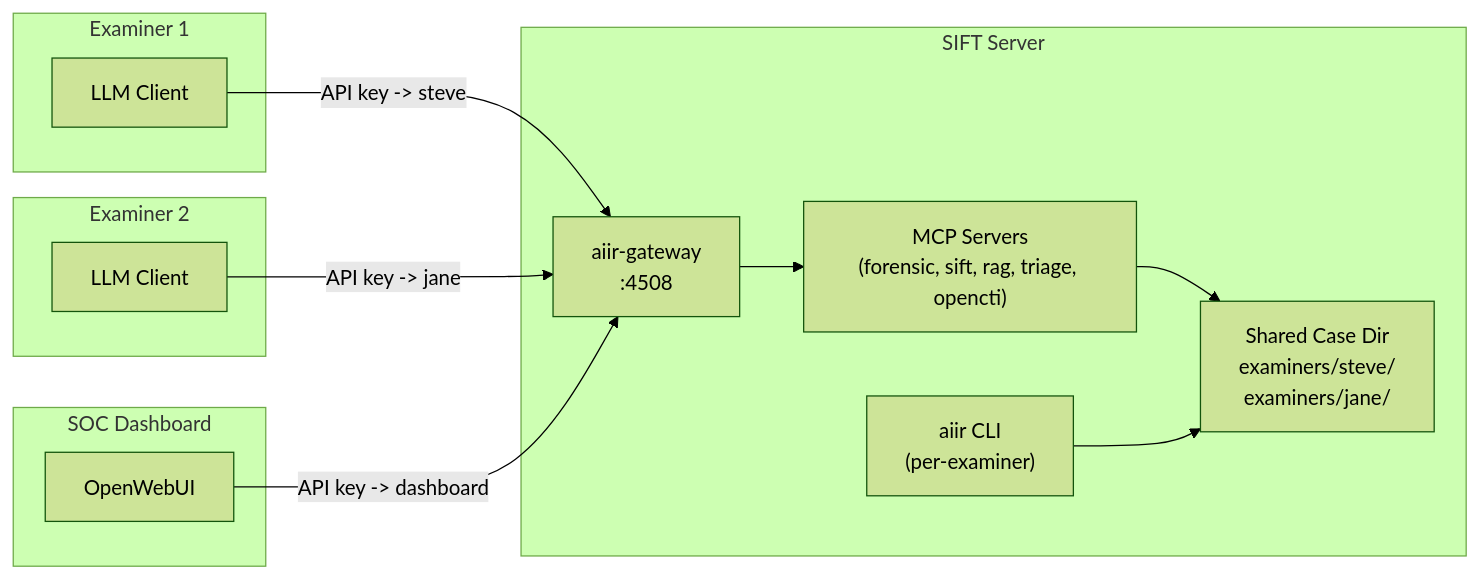
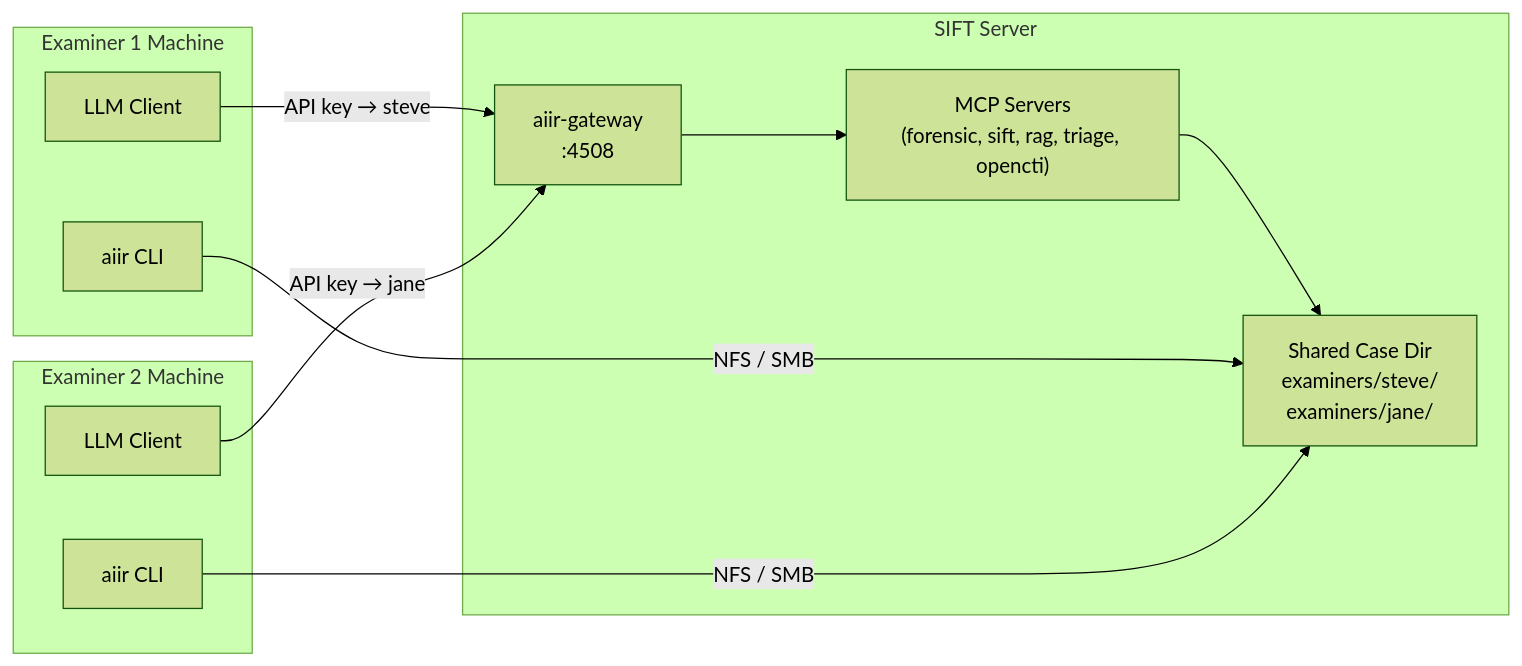
One commit to AppliedIR/aiir changed the fourth of 5 diagrams in README.md. Above: the diagram before and after it, drawn with Mermaid (forest theme). The commit also changed other lines of this file and 1 other file, not shown here.

Commit message:
fix diagrams: LLM client and CLI co-located on SIFT, NFS/SMB for multi-examiner

````diff
--- a/README.md
+++ b/README.md
@@ -128,27 +122,25 @@
 ```mermaid
 graph LR
-    subgraph e1 ["Examiner 1"]
+    subgraph e1 ["Examiner 1 Machine"]
         C1["LLM Client"]
+        CLI1["aiir CLI"]
     end
-    subgraph e2 ["Examiner 2"]
+    subgraph e2 ["Examiner 2 Machine"]
         C2["LLM Client"]
-    end
-    subgraph dashboard ["SOC Dashboard"]
-        OW[OpenWebUI]
+        CLI2["aiir CLI"]
     end
 
     subgraph sift ["SIFT Server"]
         GW["aiir-gateway<br/>:4508"]
         MCPs["MCP Servers<br/>(forensic, sift, rag, triage, opencti)"]
         CASE["Shared Case Dir<br/>examiners/steve/<br/>examiners/jane/"]
-        CLI["aiir CLI<br/>(per-examiner)"]
 
         GW --> MCPs
         MCPs --> CASE
-        CLI --> CASE
     end
 
-    C1 -->|"API key -> steve"| GW
-    C2 -->|"API key -> jane"| GW
-    OW -->|"API key -> dashboard"| GW
+    C1 -->|"API key → steve"| GW
+    C2 -->|"API key → jane"| GW
+    CLI1 -->|"NFS / SMB"| CASE
+    CLI2 -->|"NFS / SMB"| CASE
 ```
````
